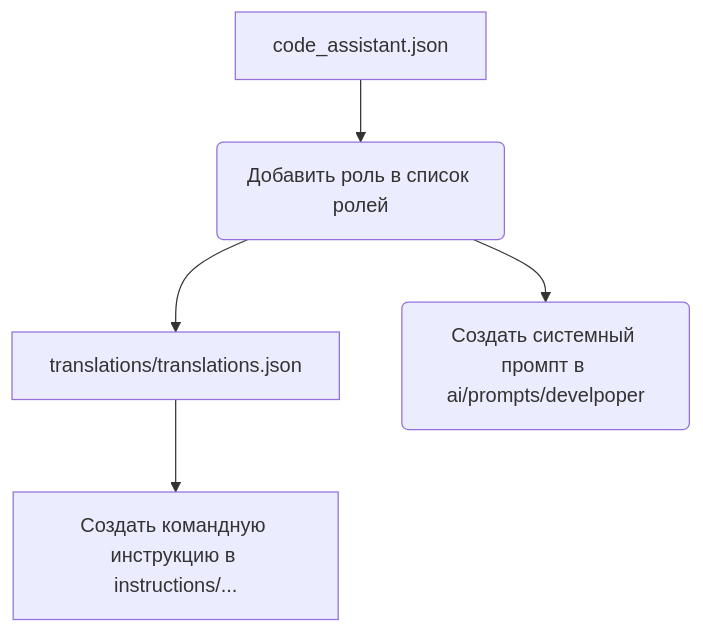
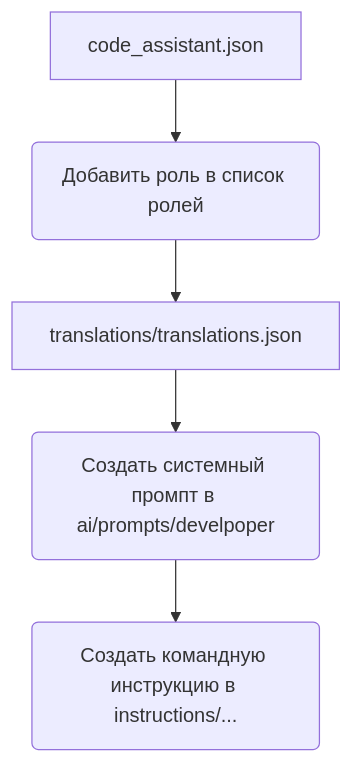
One commit to hypo69/hypo changed the diagram in docs/gemini/ru/explainer/src/endpoints/hypo69/code_assistant/assests/mmd/create_role.md. Above: the diagram before and after it, drawn with Mermaid. The commit also changed other lines of this file and 468 other files, not shown here.

````diff
--- a/docs/gemini/ru/explainer/src/endpoints/hypo69/code_assistant/assests/mmd/create_role.md
+++ b/docs/gemini/ru/explainer/src/endpoints/hypo69/code_assistant/assests/mmd/create_role.md
@@ -39,7 +43,7 @@
 ```mermaid
 graph TD
     A[code_assistant.json] --> B(Добавить роль в список ролей);
     B --> C[translations/translations.json];
-    B --> D(Создать системный промпт в ai/prompts/develpoper);
-    C --> E[Создать командную инструкцию в instructions/...];
+    C --> D(Создать системный промпт в ai/prompts/develpoper);
+    D --> E(Создать командную инструкцию в instructions/...);
 ```
````
